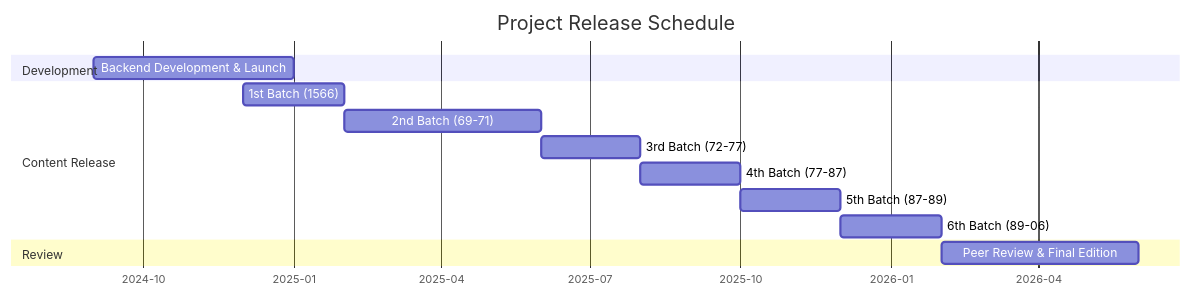
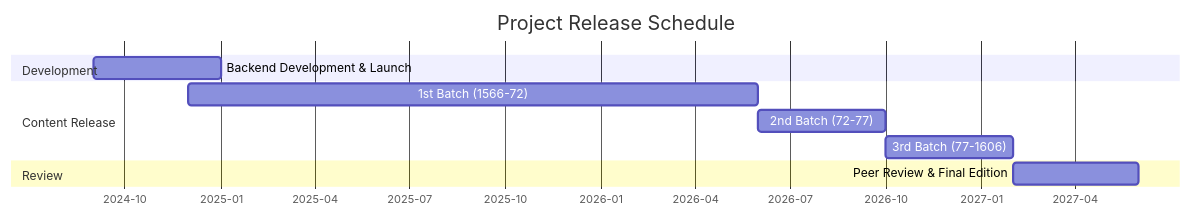
One commit to Pantagrueliste/CavrianaCorr changed the diagram in README.md. Above: the diagram before and after it, drawn with Mermaid. The commit also changed other lines of this file, not shown here.

Commit message:
Update release schedule to 3 batches through Feb 2027

````diff
--- a/README.md
+++ b/README.md
@@ -38,21 +38,17 @@
 ```mermaid
 gantt
     title Project Release Schedule
     dateFormat YYYY-MM
     axisFormat %Y-%m
-    
+
     section Development
     Backend Development & Launch :2024-09, 2025-01
-    
+
     section Content Release
-    
-    1st Batch (1566)         :2024-12, 2025-02
-    2nd Batch (69-71)     :2025-02, 2025-06
-    3rd Batch (72-77)      :2025-06, 2025-08
-    4th Batch (77-87)     :2025-08, 2025-10
-    5th Batch (87-89)      :2025-10, 2025-12
-    6th Batch (89-06)      :2025-12, 2026-02
-    
+    1st Batch (1566-72)      :2024-12, 2026-06
+    2nd Batch (72-77)        :2026-06, 2026-10
+    3rd Batch (77-1606)      :2026-10, 2027-02
+
     section Review
-    Peer Review & Final Edition  :2026-02, 2026-06
+    Peer Review & Final Edition  :2027-02, 2027-06
 ```
````
